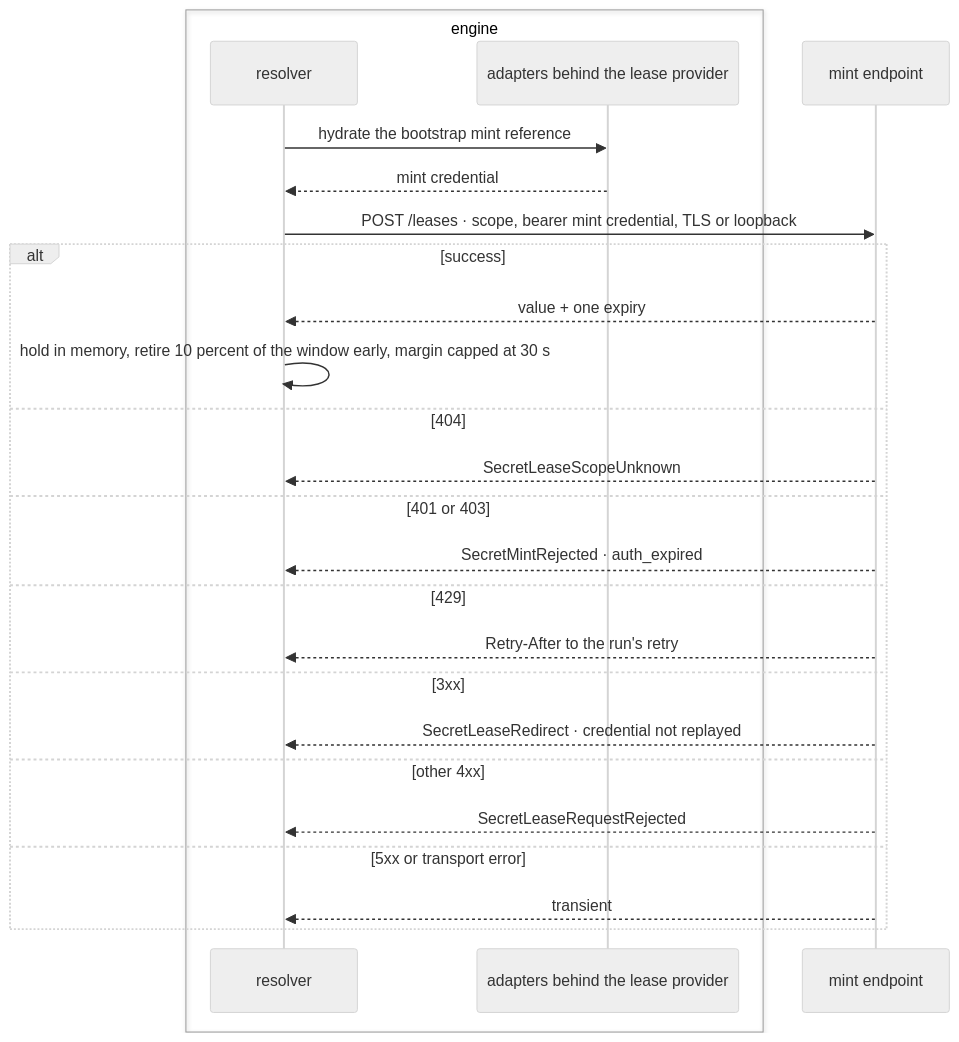
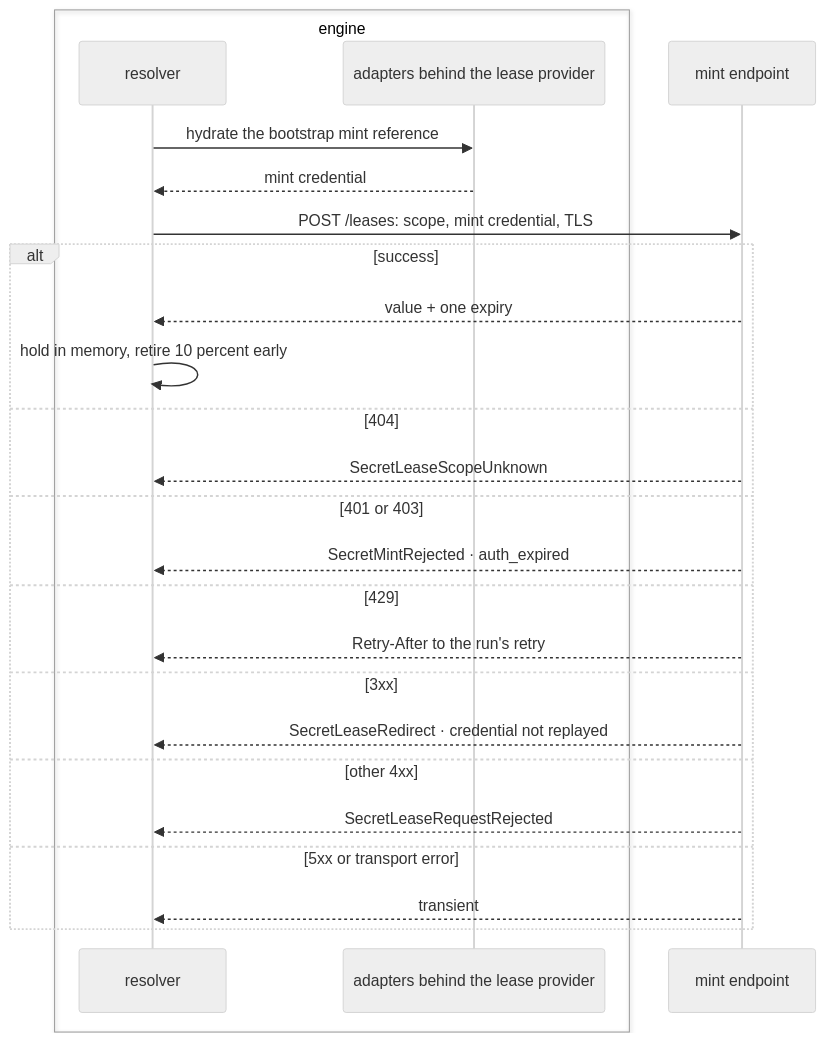
The third of 3 diagrams in spec/41-secrets.md (fractalboxdev/contextful), drawn with Mermaid (neutral theme) before and after one commit. The commit also changed other lines of this file and 31 other files, not shown here.

First line of the commit message:
spec: every diagram draws things as nodes and what flows as labelled edges

````diff
--- a/spec/41-secrets.md
+++ b/spec/41-secrets.md
@@ -162,27 +162,27 @@
 ```mermaid
 sequenceDiagram
   box engine
     participant R as resolver
     participant B as adapters behind the lease provider
   end
   participant P as mint endpoint
   R->>B: hydrate the bootstrap mint reference
   B-->>R: mint credential
-  R->>P: POST /leases · scope, bearer mint credential, TLS or loopback
+  R->>P: POST /leases: scope, mint credential, TLS
   alt success
     P-->>R: value + one expiry
-    R->>R: hold in memory, retire 10 percent of the window early, margin capped at 30 s
+    R->>R: hold in memory, retire 10 percent early
   else 404
     P-->>R: SecretLeaseScopeUnknown
   else 401 or 403
     P-->>R: SecretMintRejected · auth_expired
   else 429
     P-->>R: Retry-After to the run's retry
   else 3xx
     P-->>R: SecretLeaseRedirect · credential not replayed
   else other 4xx
     P-->>R: SecretLeaseRequestRejected
   else 5xx or transport error
     P-->>R: transient
   end
 ```
````
